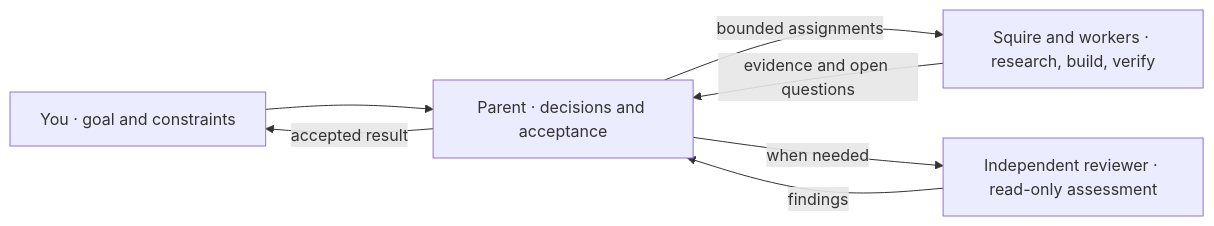
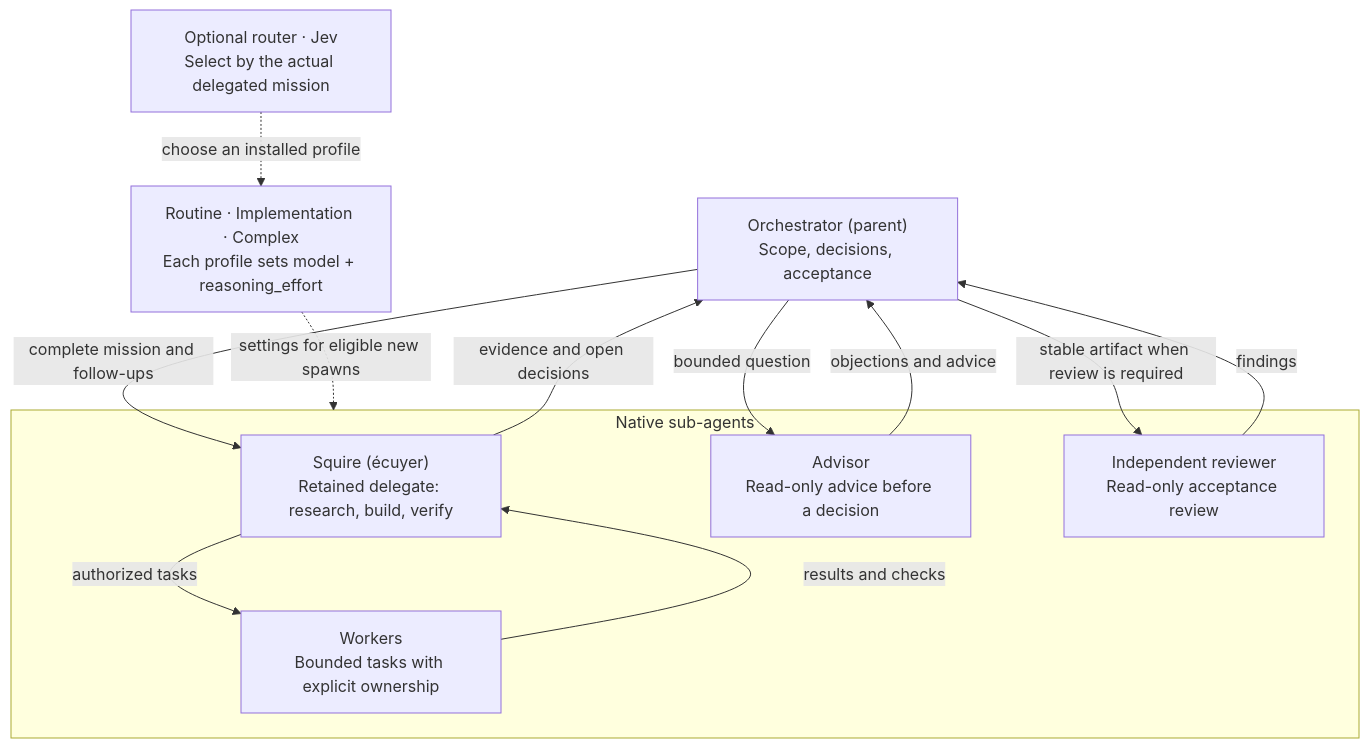
The diagram in README.md (guilhem/codex-orchestrator), drawn with Mermaid before and after one commit. The commit also changed other lines of this file, not shown here.

Commit message:
docs: explain agent roles and model routing in README

````diff
--- a/README.md
+++ b/README.md
@@ -71,9 +71,25 @@
 ```mermaid
-flowchart LR
-    User["You · goal and constraints"] --> Parent["Parent · decisions and acceptance"]
-    Parent -->|bounded assignments| Squire["Squire and workers · research, build, verify"]
-    Squire -->|evidence and open questions| Parent
-    Parent -->|when needed| Reviewer["Independent reviewer · read-only assessment"]
-    Reviewer -->|findings| Parent
-    Parent -->|accepted result| User
+flowchart TB
+    Orchestrator["Orchestrator (parent)<br/>Scope, decisions, acceptance"]
+
+    subgraph Agents["Native sub-agents"]
+        Squire["Squire (écuyer)<br/>Retained delegate: research, build, verify"]
+        Workers["Workers<br/>Bounded tasks with explicit ownership"]
+        Advisor["Advisor<br/>Read-only advice before a decision"]
+        Reviewer["Independent reviewer<br/>Read-only acceptance review"]
+        Squire -->|authorized tasks| Workers
+        Workers -->|results and checks| Squire
+    end
+
+    Orchestrator -->|complete mission and follow-ups| Squire
+    Squire -->|evidence and open decisions| Orchestrator
+    Orchestrator -->|bounded question| Advisor
+    Advisor -->|objections and advice| Orchestrator
+    Orchestrator -->|stable artifact when review is required| Reviewer
+    Reviewer -->|findings| Orchestrator
+
+    Router["Optional router · Jev<br/>Select by the actual delegated mission"]
+    Profiles["Routine · Implementation · Complex<br/>Each profile sets model + reasoning_effort"]
+    Router -.->|choose an installed profile| Profiles
+    Profiles -.->|settings for eligible new spawns| Agents
 ```
````
